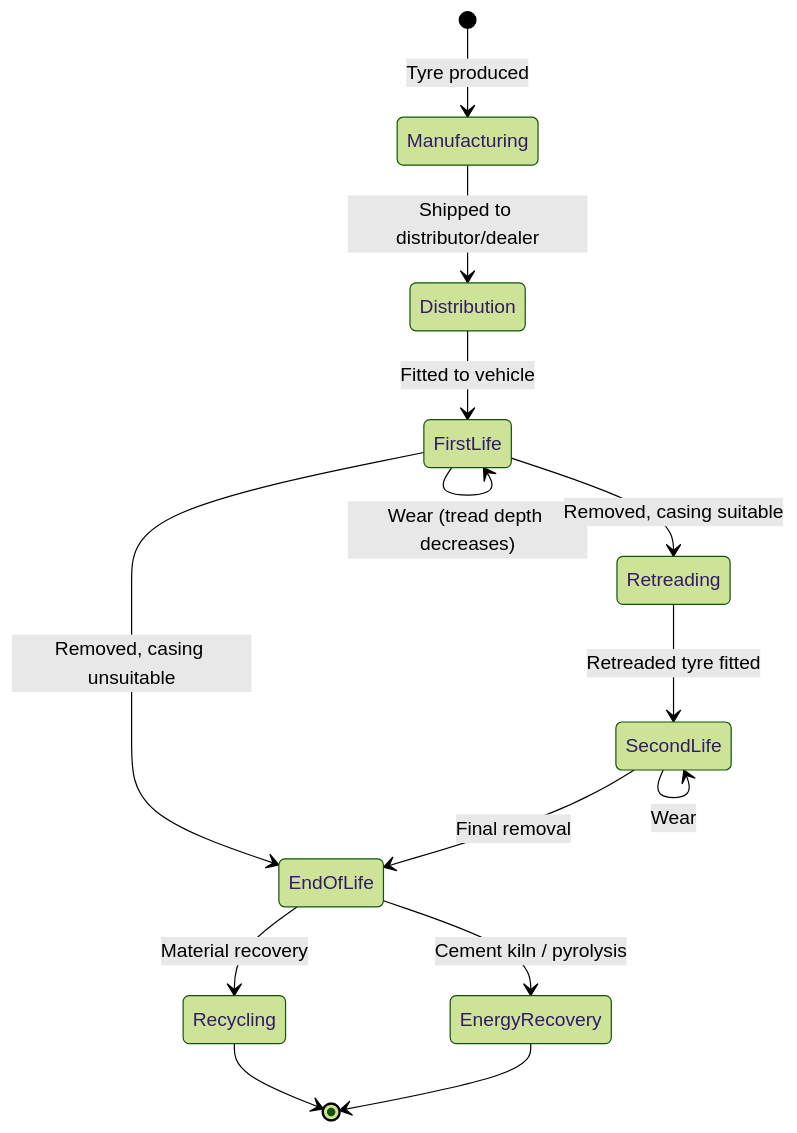
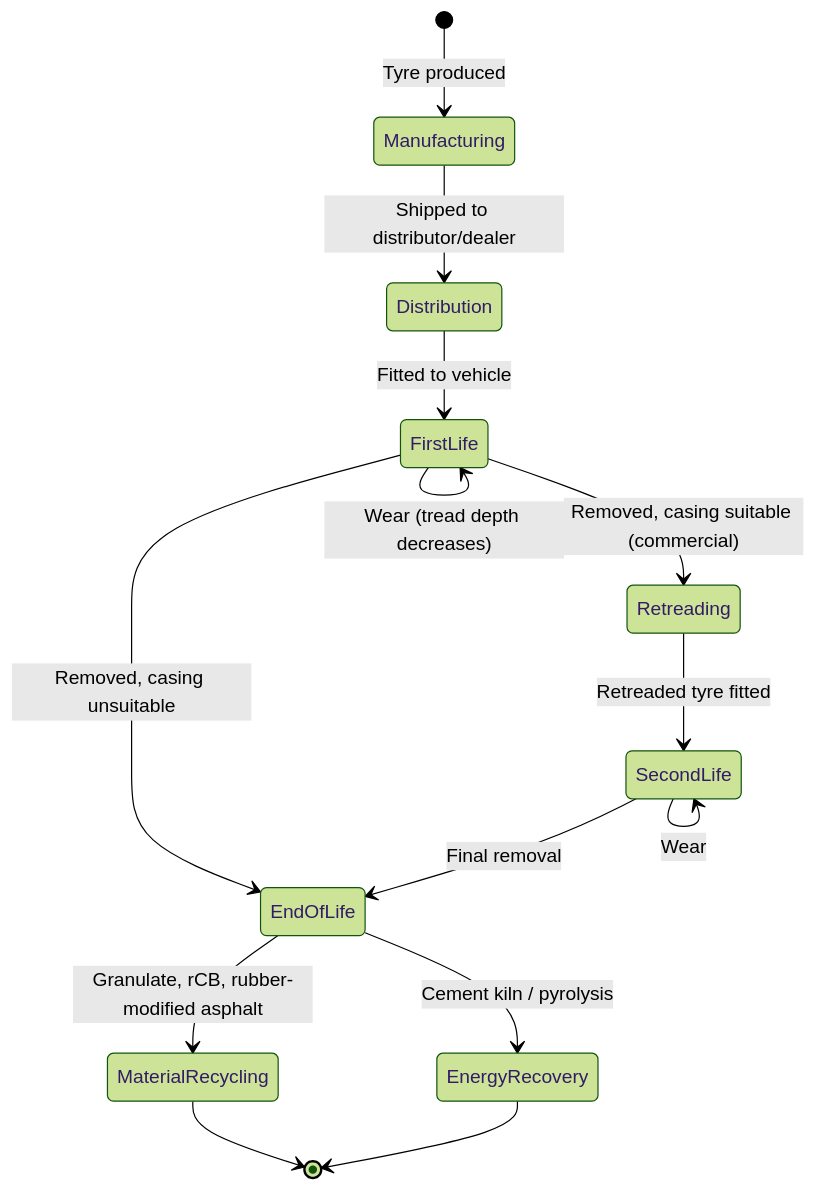
One commit to lambdasistemi/eu-digital-product-passport changed the diagram in docs/sectors/tyres/index.md. Above: the diagram before and after it, drawn with Mermaid (forest theme). The commit also changed other lines of this file and 1 other file, not shown here.

````diff
--- a/docs/sectors/tyres/index.md
+++ b/docs/sectors/tyres/index.md
@@ -43,16 +135,16 @@
 ```mermaid
 stateDiagram-v2
     [*] --> Manufacturing: Tyre produced
     Manufacturing --> Distribution: Shipped to distributor/dealer
     Distribution --> FirstLife: Fitted to vehicle
     FirstLife --> FirstLife: Wear (tread depth decreases)
-    FirstLife --> Retreading: Removed, casing suitable
+    FirstLife --> Retreading: Removed, casing suitable (commercial)
     FirstLife --> EndOfLife: Removed, casing unsuitable
     Retreading --> SecondLife: Retreaded tyre fitted
     SecondLife --> SecondLife: Wear
     SecondLife --> EndOfLife: Final removal
-    EndOfLife --> Recycling: Material recovery
+    EndOfLife --> MaterialRecycling: Granulate, rCB, rubber-modified asphalt
     EndOfLife --> EnergyRecovery: Cement kiln / pyrolysis
-    Recycling --> [*]
+    MaterialRecycling --> [*]
     EnergyRecovery --> [*]
 ```
````
